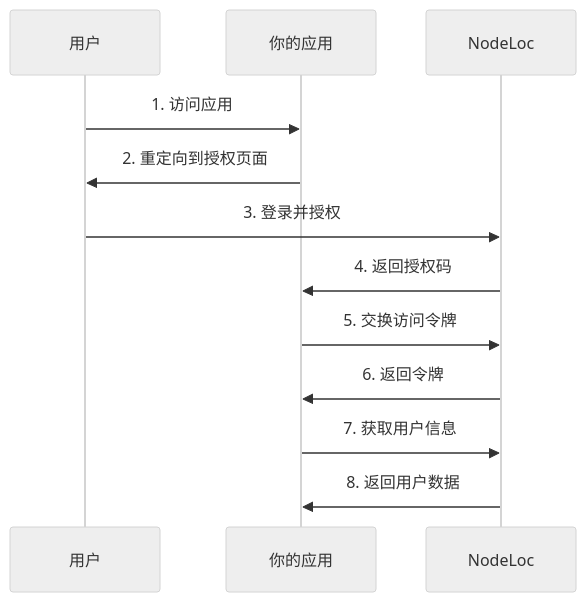
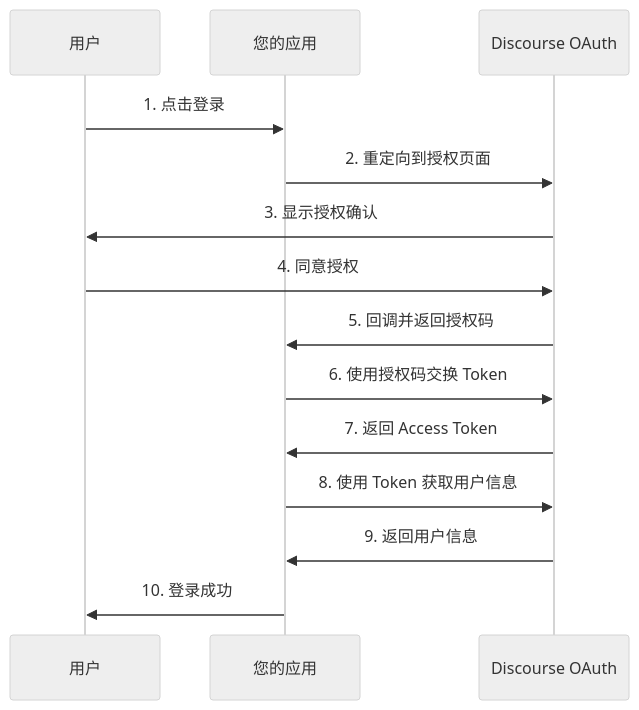
One commit to nodeloc/mintlify-docs changed the diagram in api-reference/introduction.mdx. Above: the diagram before and after it, drawn with Mermaid (neutral theme). The commit also changed other lines of this file and 2 other files, not shown here.

````diff
--- a/api-reference/introduction.mdx
+++ b/api-reference/introduction.mdx
@@ -71,15 +53,17 @@
-```mermaid 流程图
+```mermaid
 sequenceDiagram
     participant User as 用户
-    participant App as 你的应用
-    participant NL as NodeLoc
+    participant App as 您的应用
+    participant Discourse as Discourse OAuth
     
-    User->>App: 1. 访问应用
-    App->>User: 2. 重定向到授权页面
-    User->>NL: 3. 登录并授权
-    NL->>App: 4. 返回授权码
-    App->>NL: 5. 交换访问令牌
-    NL->>App: 6. 返回令牌
-    App->>NL: 7. 获取用户信息
-    NL->>App: 8. 返回用户数据
+    User->>App: 1. 点击登录
+    App->>Discourse: 2. 重定向到授权页面
+    Discourse->>User: 3. 显示授权确认
+    User->>Discourse: 4. 同意授权
+    Discourse->>App: 5. 回调并返回授权码
+    App->>Discourse: 6. 使用授权码交换 Token
+    Discourse->>App: 7. 返回 Access Token
+    App->>Discourse: 8. 使用 Token 获取用户信息
+    Discourse->>App: 9. 返回用户信息
+    App->>User: 10. 登录成功
 ```
````
